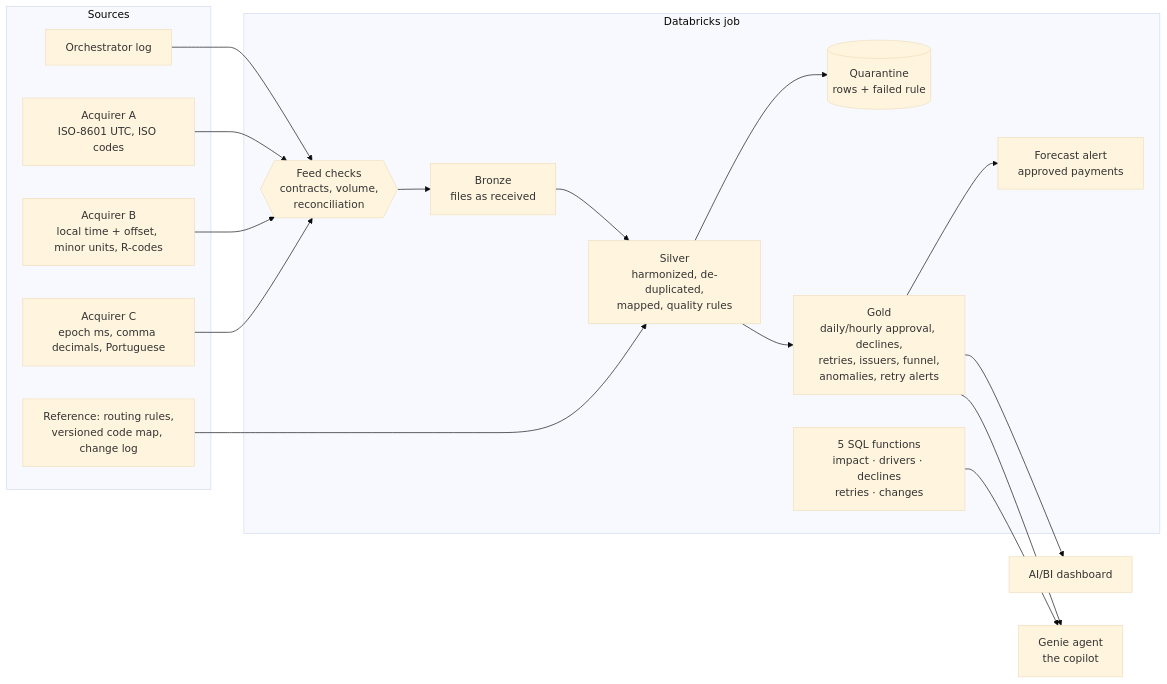
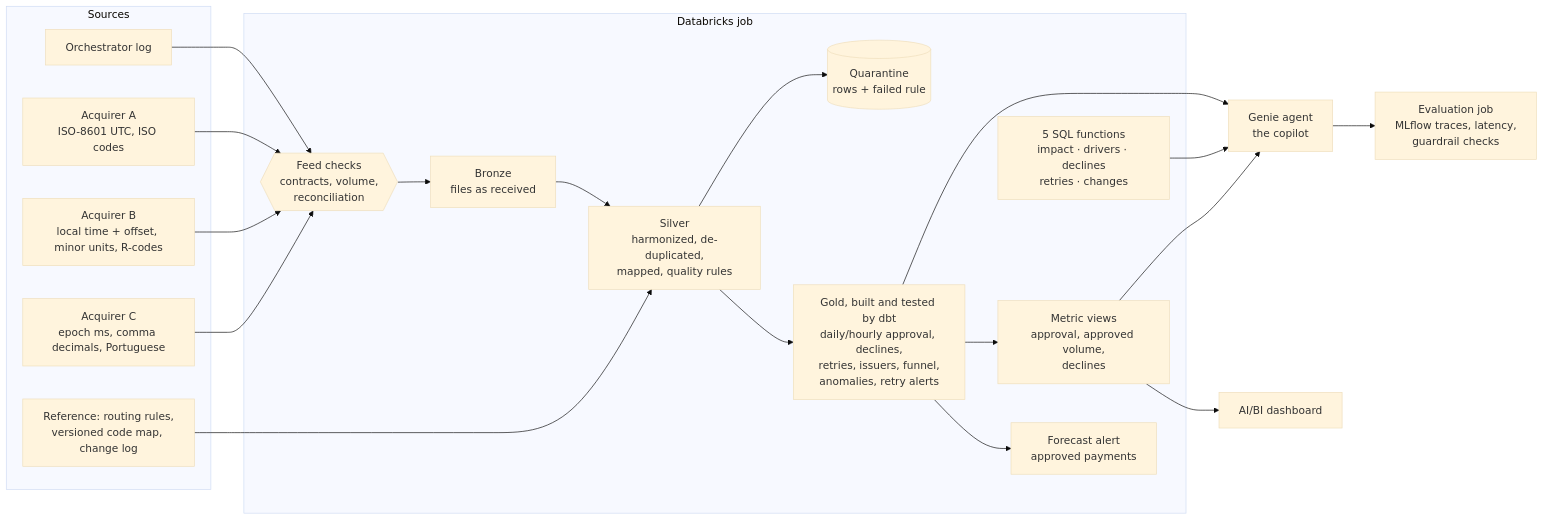
Before and after one commit to JaviSalazar31/approval-rate-copilot: the diagram in README.md, drawn with Mermaid (base theme). The commit also changed other lines of this file and 74 other files, not shown here.

First line of the commit message:
Move gold to dbt, add metric views, MLflow evaluation and a bundle deploy

````diff
--- a/README.md
+++ b/README.md
@@ -64,26 +68,30 @@
 ```mermaid
 flowchart LR
   subgraph Sources
     O[Orchestrator log]
     A[Acquirer A<br/>ISO-8601 UTC, ISO codes]
     B[Acquirer B<br/>local time + offset, minor units, R-codes]
     C[Acquirer C<br/>epoch ms, comma decimals, Portuguese]
     R[Reference: routing rules,<br/>versioned code map, change log]
   end
   subgraph Databricks["Databricks job"]
     CK{{Feed checks<br/>contracts, volume,<br/>reconciliation}}
     BR[Bronze<br/>files as received]
     SI[Silver<br/>harmonized, de-duplicated,<br/>mapped, quality rules]
     Q[(Quarantine<br/>rows + failed rule)]
-    GO[Gold<br/>daily/hourly approval, declines,<br/>retries, issuers, funnel,<br/>anomalies, retry alerts]
+    GO[Gold, built and tested by dbt<br/>daily/hourly approval, declines,<br/>retries, issuers, funnel,<br/>anomalies, retry alerts]
+    MV[Metric views<br/>approval, approved volume,<br/>declines]
     FN[5 SQL functions<br/>impact · drivers · declines<br/>retries · changes]
     VA[Forecast alert<br/>approved payments]
   end
   O & A & B & C --> CK --> BR --> SI --> GO
   R --> SI
   SI --> Q
   GO --> VA
-  GO --> D[AI/BI dashboard]
+  GO --> MV
+  MV --> D[AI/BI dashboard]
   GO --> G[Genie agent<br/>the copilot]
+  MV --> G
   FN --> G
+  G --> E[Evaluation job<br/>MLflow traces, latency,<br/>guardrail checks]
 ```
````
